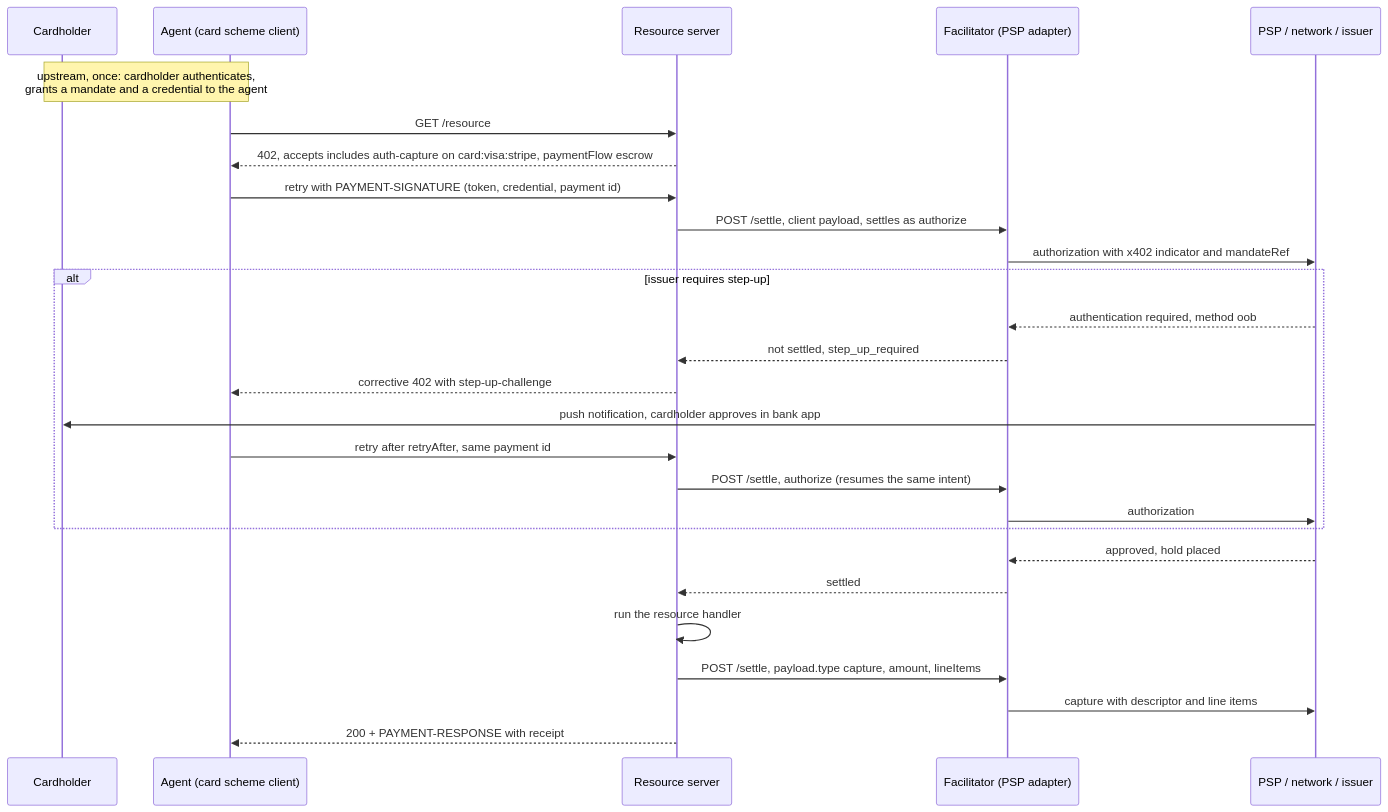
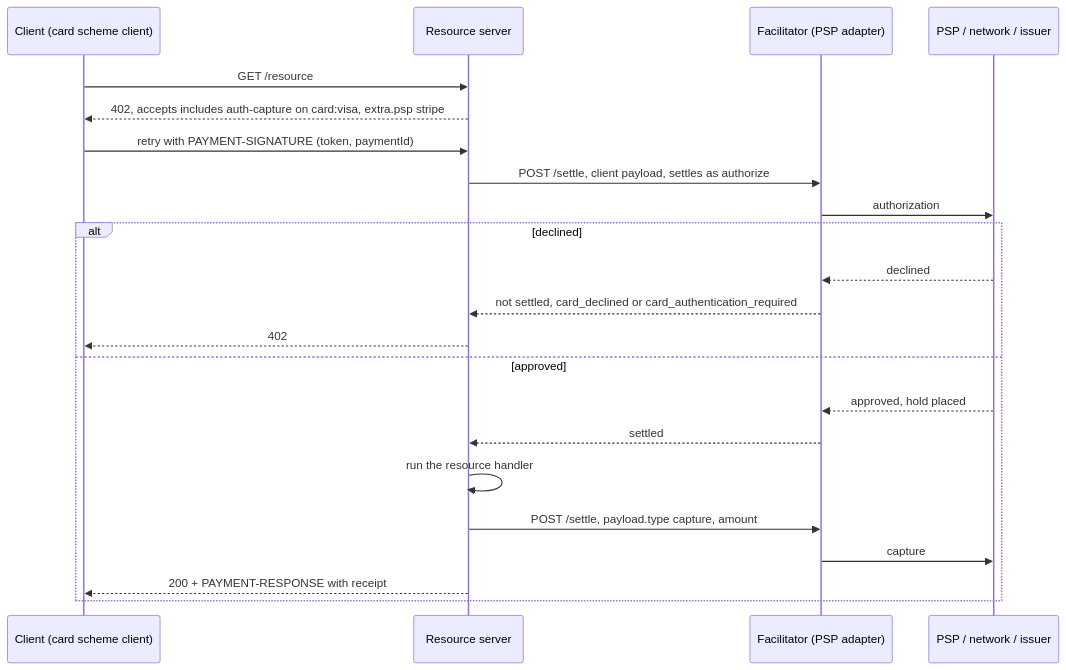
The second of 2 diagrams in specs/schemes/auth-capture/scheme_auth_capture_card.md (stefanoamorelli/x402), drawn with Mermaid before and after one commit. The commit also changed other lines of this file, not shown here.

First line of the commit message:
docs(specs): reduce card acceptance to the base binding

````diff
--- a/specs/schemes/auth-capture/scheme_auth_capture_card.md
+++ b/specs/schemes/auth-capture/scheme_auth_capture_card.md
@@ -370,29 +321,24 @@
 ```mermaid
 sequenceDiagram
-    participant U as Cardholder
-    participant A as Agent (card scheme client)
+    participant A as Client (card scheme client)
     participant RS as Resource server
     participant F as Facilitator (PSP adapter)
     participant N as PSP / network / issuer
-    Note over U,A: upstream, once: cardholder authenticates,<br/>grants a mandate and a credential to the agent
     A->>RS: GET /resource
-    RS-->>A: 402, accepts includes auth-capture on card:visa:stripe, paymentFlow escrow
-    A->>RS: retry with PAYMENT-SIGNATURE (token, credential, payment id)
+    RS-->>A: 402, accepts includes auth-capture on card:visa, extra.psp stripe
+    A->>RS: retry with PAYMENT-SIGNATURE (token, paymentId)
     RS->>F: POST /settle, client payload, settles as authorize
-    F->>N: authorization with x402 indicator and mandateRef
-    alt issuer requires step-up
-        N-->>F: authentication required, method oob
-        F-->>RS: not settled, step_up_required
-        RS-->>A: corrective 402 with step-up-challenge
-        N->>U: push notification, cardholder approves in bank app
-        A->>RS: retry after retryAfter, same payment id
-        RS->>F: POST /settle, authorize (resumes the same intent)
-        F->>N: authorization
+    F->>N: authorization
+    alt declined
+        N-->>F: declined
+        F-->>RS: not settled, card_declined or card_authentication_required
+        RS-->>A: 402
+    else approved
+        N-->>F: approved, hold placed
+        F-->>RS: settled
+        RS->>RS: run the resource handler
+        RS->>F: POST /settle, payload.type capture, amount
+        F->>N: capture
+        RS-->>A: 200 + PAYMENT-RESPONSE with receipt
     end
-    N-->>F: approved, hold placed
-    F-->>RS: settled
-    RS->>RS: run the resource handler
-    RS->>F: POST /settle, payload.type capture, amount, lineItems
-    F->>N: capture with descriptor and line items
-    RS-->>A: 200 + PAYMENT-RESPONSE with receipt
 ```
````
